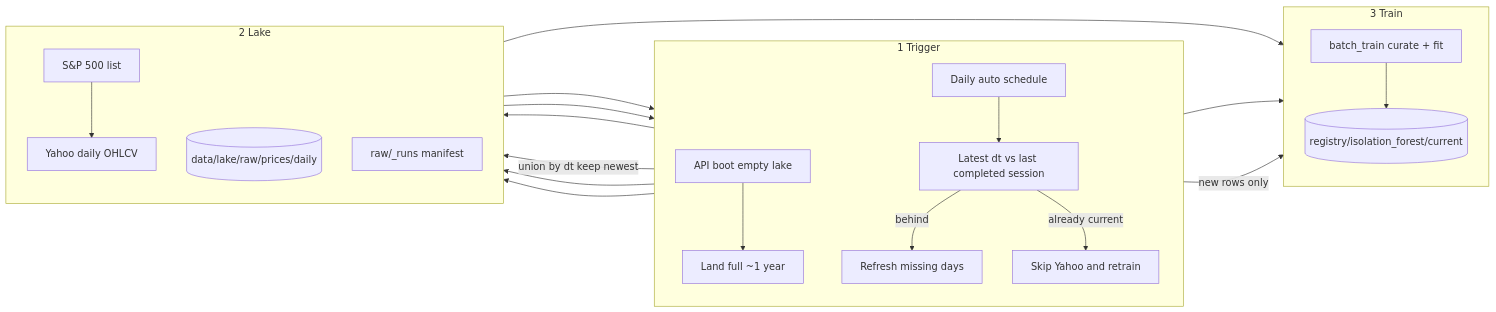
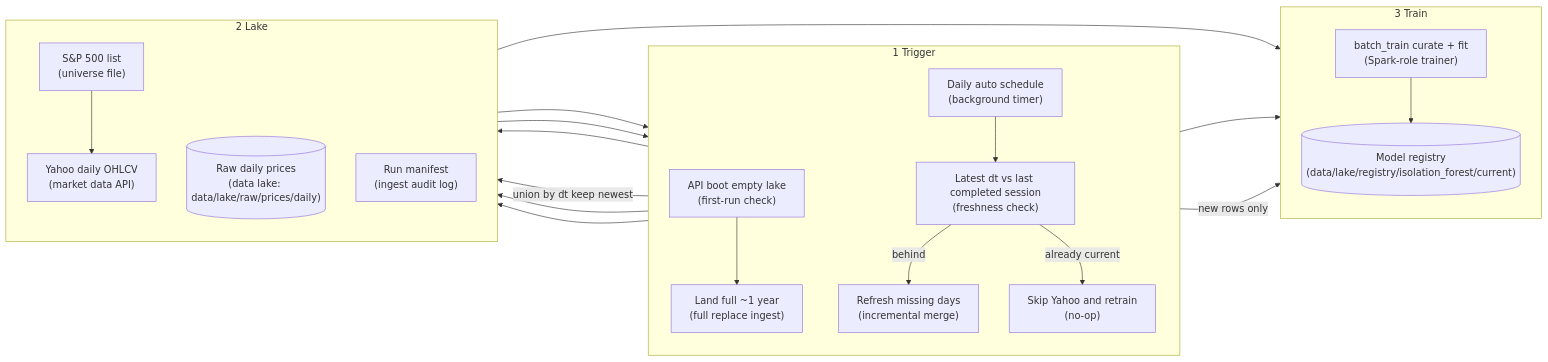
One commit to sameerde4/ticker-alert-system changed the fifth of 10 diagrams in docs/architecture.md. Above: the diagram before and after it, drawn with Mermaid. The commit also changed other lines of this file and 1 other file, not shown here.

First line of the commit message:
Clarify architecture diagram boxes with job plus technical role.

````diff
--- a/docs/architecture.md
+++ b/docs/architecture.md
@@ -306,29 +306,29 @@
 ```mermaid
 flowchart LR
     subgraph trigger [1 Trigger]
         direction TB
-        BOOT[API boot empty lake] --> LAND[Land full ~1 year]
-        SCHED[Daily auto schedule] --> CHECK[Latest dt vs last completed session]
-        CHECK -->|behind| MER[Refresh missing days]
-        CHECK -->|already current| SKIP[Skip Yahoo and retrain]
+        BOOT["API boot empty lake<br/>(first-run check)"] --> LAND["Land full ~1 year<br/>(full replace ingest)"]
+        SCHED["Daily auto schedule<br/>(background timer)"] --> CHECK["Latest dt vs last completed session<br/>(freshness check)"]
+        CHECK -->|behind| MER["Refresh missing days<br/>(incremental merge)"]
+        CHECK -->|already current| SKIP["Skip Yahoo and retrain<br/>(no-op)"]
     end
 
     subgraph land [2 Lake]
         direction TB
-        SP[S&P 500 list] --> YF[Yahoo daily OHLCV]
+        SP["S&P 500 list<br/>(universe file)"] --> YF["Yahoo daily OHLCV<br/>(market data API)"]
         YF --> LAND
         YF --> MER
-        LAND --> RAW[(data/lake/raw/prices/daily)]
+        LAND --> RAW[("Raw daily prices<br/>(data lake: data/lake/raw/prices/daily)")]
         MER -->|union by dt keep newest| RAW
-        LAND --> MAN[raw/_runs manifest]
+        LAND --> MAN["Run manifest<br/>(ingest audit log)"]
         MER --> MAN
     end
 
     subgraph train [3 Train]
         direction TB
-        RAW --> TRAIN[batch_train curate + fit]
+        RAW --> TRAIN["batch_train curate + fit<br/>(Spark-role trainer)"]
         LAND --> TRAIN
         MER -->|new rows only| TRAIN
-        TRAIN --> REG[(registry/isolation_forest/current)]
+        TRAIN --> REG[("Model registry<br/>(data/lake/registry/isolation_forest/current)")]
     end
 ```
````
